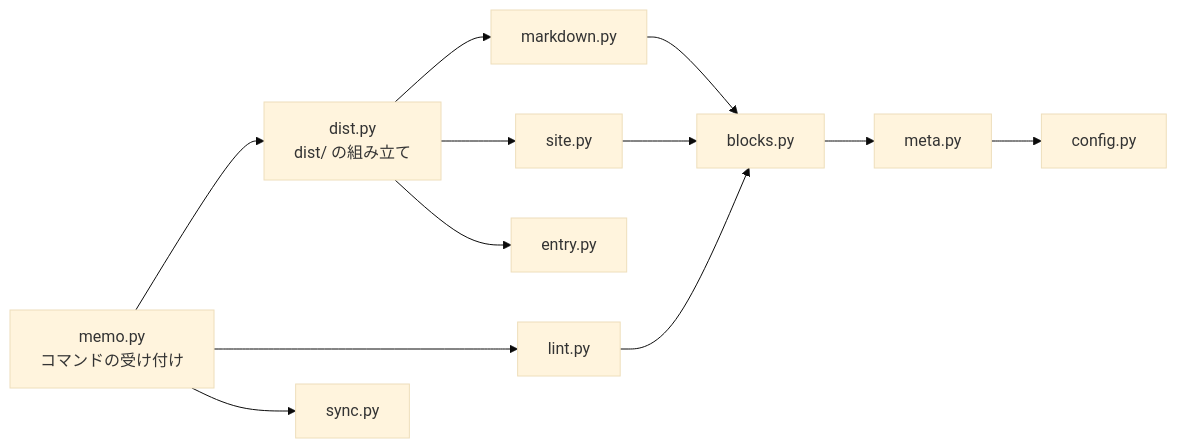
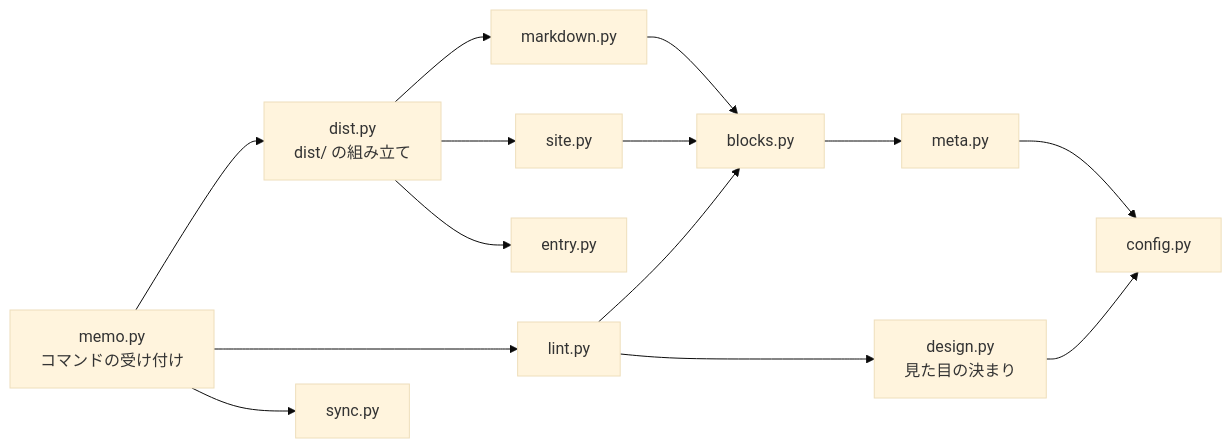
One commit to taka1156/memo-kit changed the fourth of 4 diagrams in memo-detail.md. Above: the diagram before and after it, drawn with Mermaid (base theme). The commit also changed other lines of this file and 26 other files, not shown here.

````diff
--- a/memo-detail.md
+++ b/memo-detail.md
@@ -219,8 +220,9 @@
 ```mermaid
 flowchart LR
   cli["memo.py<br/>コマンドの受け付け"] --> dist["dist.py<br/>dist/ の組み立て"]
   cli --> lint["lint.py"] & sync["sync.py"]
   dist --> md["markdown.py"] & site["site.py"] & entry["entry.py"]
   md & site & lint --> blocks["blocks.py"]
+  lint --> design["design.py<br/>見た目の決まり"] --> config
   blocks --> meta["meta.py"] --> config["config.py"]
 ```
````
